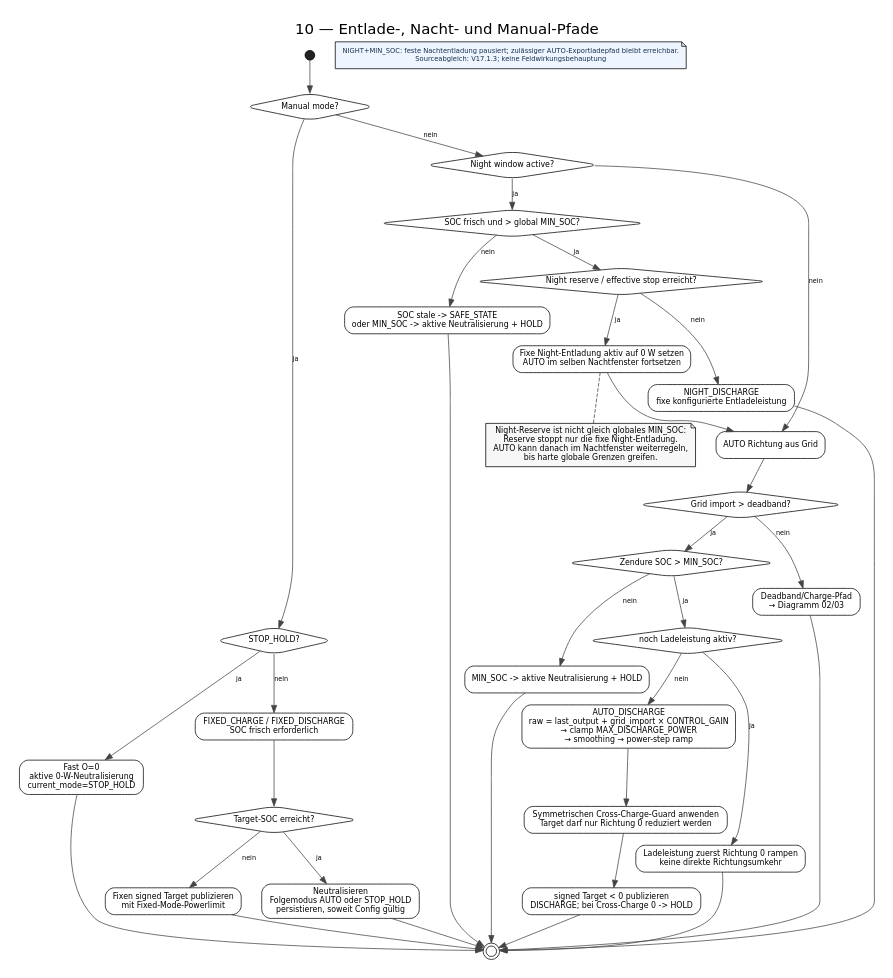
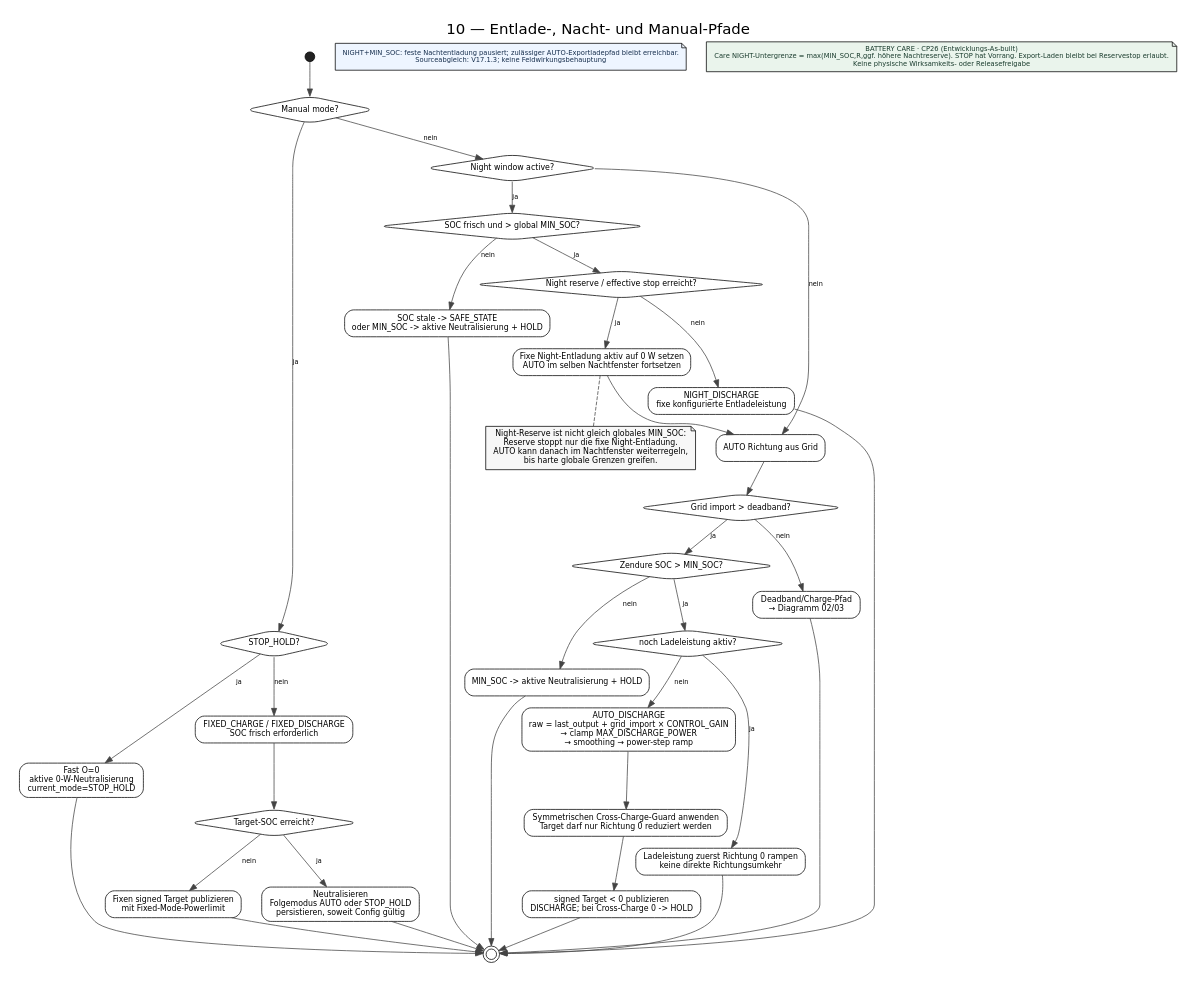
One commit to TTXaser2/zendure-energy-controller changed the diagram in docs/architecture/uml/diagrams/10_DISCHARGE_NIGHT_MANUAL_PATHS.dot. Above: the diagram before and after it, drawn with Graphviz. The commit also changed 225 other files, not shown here.

```diff
--- a/docs/architecture/uml/diagrams/10_DISCHARGE_NIGHT_MANUAL_PATHS.dot
+++ b/docs/architecture/uml/diagrams/10_DISCHARGE_NIGHT_MANUAL_PATHS.dot
@@ -1,66 +1,68 @@
 digraph NonCharge {
   graph [rankdir=TB, bgcolor="white", pad=0.25, nodesep=0.38, ranksep=0.45, labelloc=t,
          label="10 — Entlade-, Nacht- und Manual-Pfade", fontsize=20, fontname="DejaVu Sans"];
   node [shape=box, style="rounded,filled", fillcolor="white", fontname="DejaVu Sans", fontsize=10.5, margin="0.13,0.07"];
   edge [fontname="DejaVu Sans", fontsize=8.7, color="#444444"];
   s [shape=circle,width=.18,label="",fillcolor="#222222",style=filled];
   manual [shape=diamond,label="Manual mode?"];
   stopm [shape=diamond,label="STOP_HOLD?"];
   stophold [label="Fast O=0\naktive 0-W-Neutralisierung\ncurrent_mode=STOP_HOLD"];
   mf [label="FIXED_CHARGE / FIXED_DISCHARGE\nSOC frisch erforderlich"];
   mts [shape=diamond,label="Target-SOC erreicht?"];
   mexit [label="Neutralisieren\nFolgemodus AUTO oder STOP_HOLD\npersistieren, soweit Config gültig"];
   mpub [label="Fixen signed Target publizieren\nmit Fixed-Mode-Powerlimit"];
 
   night [shape=diamond,label="Night window active?"];
   nsoc [shape=diamond,label="SOC frisch und > global MIN_SOC?"];
   nhold [label="SOC stale -> SAFE_STATE\noder MIN_SOC -> aktive Neutralisierung + HOLD"];
   nreserve [shape=diamond,label="Night reserve / effective stop erreicht?"];
   npause [label="Fixe Night-Entladung aktiv auf 0 W setzen\nAUTO im selben Nachtfenster fortsetzen"];
   nfixed [label="NIGHT_DISCHARGE\nfixe konfigurierte Entladeleistung"];
 
   auto [label="AUTO Richtung aus Grid"];
   imp [shape=diamond,label="Grid import > deadband?"];
   dmin [shape=diamond,label="Zendure SOC > MIN_SOC?"];
   dhold [label="MIN_SOC -> aktive Neutralisierung + HOLD"];
   charging [shape=diamond,label="noch Ladeleistung aktiv?"];
   down [label="Ladeleistung zuerst Richtung 0 rampen\nkeine direkte Richtungsumkehr"];
   calc [label="AUTO_DISCHARGE\nraw = last_output + grid_import × CONTROL_GAIN\n→ clamp MAX_DISCHARGE_POWER\n→ smoothing → power-step ramp"];
   cc [label="Symmetrischen Cross-Charge-Guard anwenden\nTarget darf nur Richtung 0 reduziert werden"];
   pub [label="signed Target < 0 publizieren\nDISCHARGE; bei Cross-Charge 0 -> HOLD"];
   other [label="Deadband/Charge-Pfad\n→ Diagramm 02/03"];
   e [shape=doublecircle,width=.2,label=""];
 
   s->manual;
   manual->stopm[label="ja"];
   stopm->stophold[label="ja"];
   stopm->mf[label="nein"];
   mf->mts;
   mts->mexit[label="ja"];
   mts->mpub[label="nein"];
   stophold->e; mexit->e; mpub->e;
   manual->night[label="nein"];
   night->nsoc[label="ja"];
   nsoc->nhold[label="nein"];
   nsoc->nreserve[label="ja"];
   nreserve->npause[label="ja"];
   nreserve->nfixed[label="nein"];
   nhold->e; nfixed->e;
   npause->auto;
   night->auto[label="nein"];
   auto->imp;
   imp->dmin[label="ja"];
   imp->other[label="nein"];
   dmin->dhold[label="nein"];
   dmin->charging[label="ja"];
   charging->down[label="ja"];
   charging->calc[label="nein"];
   down->e;
   calc->cc->pub->e;
   dhold->e; other->e;
 
   note [shape=note, fillcolor="#f7f7f7", label="Night-Reserve ist nicht gleich globales MIN_SOC:\nReserve stoppt nur die fixe Night-Entladung.\nAUTO kann danach im Nachtfenster weiterregeln,\nbis harte globale Grenzen greifen."];
   npause->note[style=dashed,arrowhead=none];
 
   uml_update_note [shape=note, style="filled", fillcolor="#eef5ff", fontcolor="#162e4d", fontsize=9, label="NIGHT+MIN_SOC: feste Nachtentladung pausiert; zulässiger AUTO-Exportladepfad bleibt erreichbar.\nSourceabgleich: V17.1.3; keine Feldwirkungsbehauptung"];
+
+  cp26_care_10 [shape=note, style="filled", fillcolor="#eaf4ec", fontcolor="#193b2d", fontsize=9, label="BATTERY CARE · CP26 (Entwicklungs-As-built)\nCare NIGHT-Untergrenze = max(MIN_SOC,R,ggf. höhere Nachtreserve). STOP hat Vorrang. Export-Laden bleibt bei Reservestop erlaubt.\nKeine physische Wirksamkeits- oder Releasefreigabe"];
 }
```
